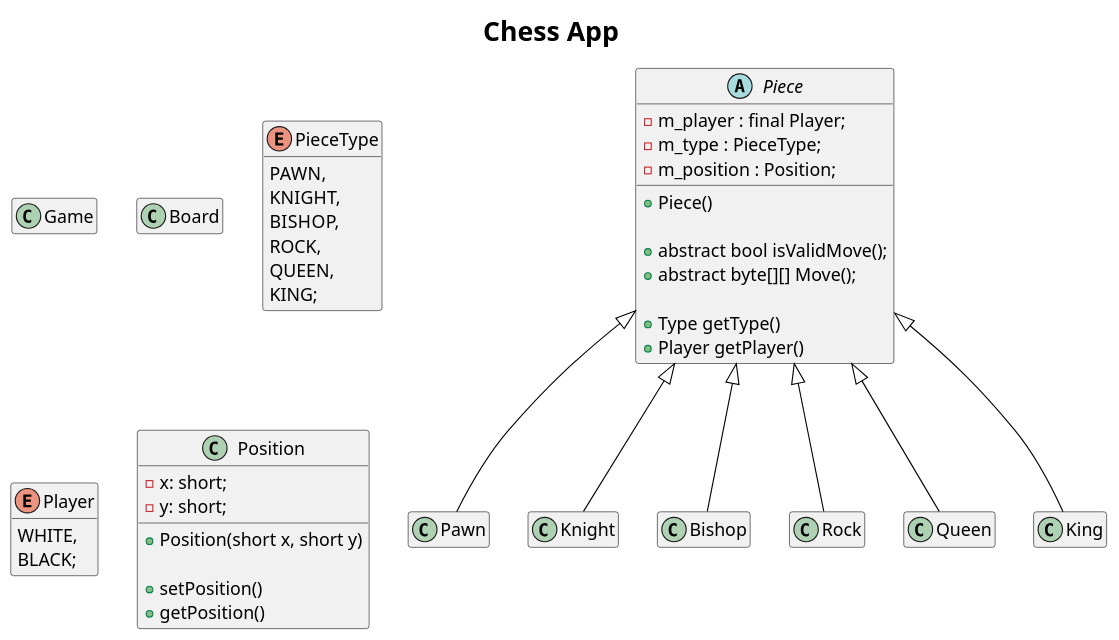
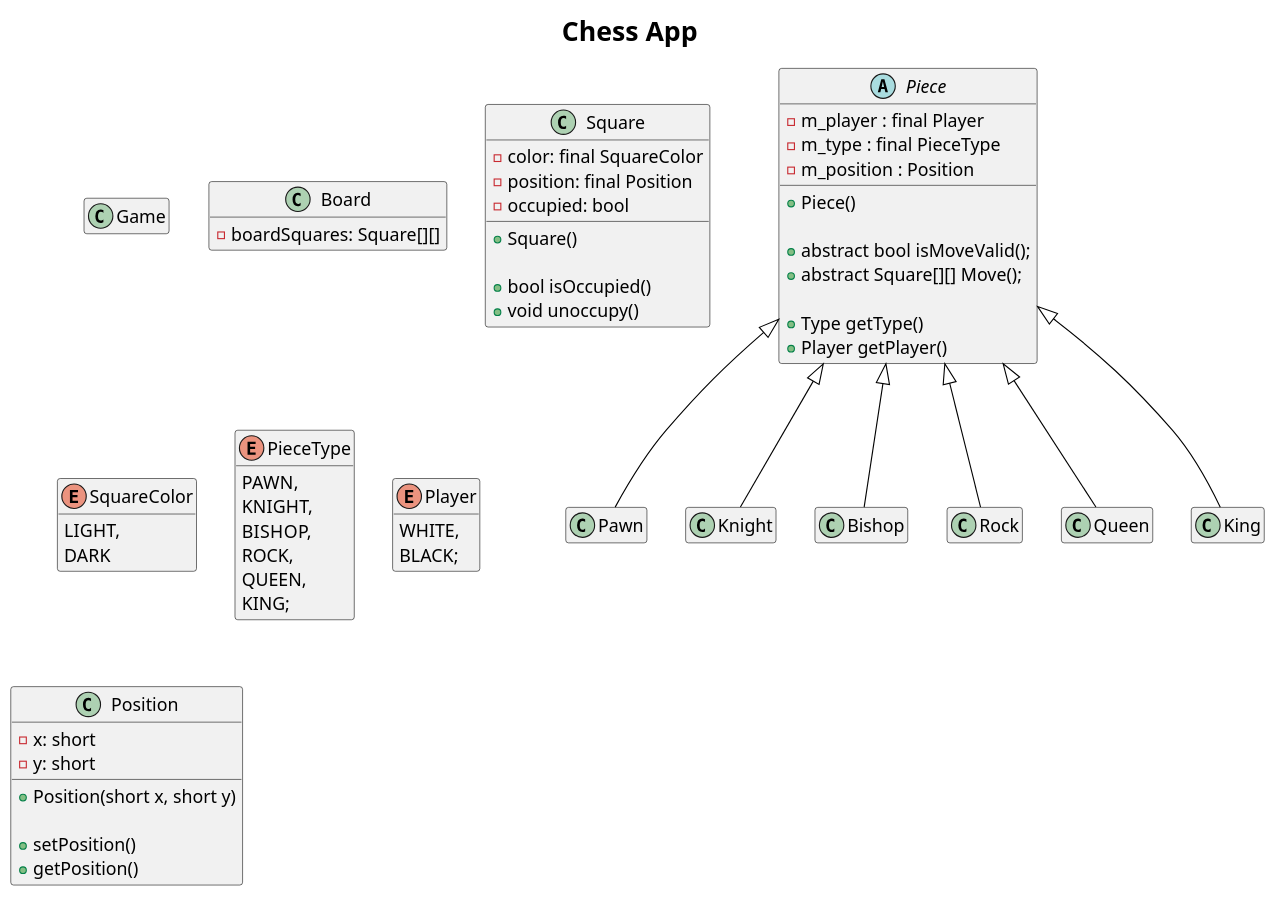
One commit to kboba/Chess-App changed the diagram in sequence.plantuml. Above: the diagram before and after it, drawn with PlantUML.

Commit message:
add Board classes; fix Piece class

```diff
--- a/sequence.plantuml
+++ b/sequence.plantuml
@@ -1,101 +1,120 @@
 @startuml Chess App
 
 
 skinparam DefaultFontName Arial
 skinparam DefaultFontSize 16
 skinparam DefaultFontStyle bold
 skinparam ClassBorderColor black
 skinparam SequenceMessageAlignment center
 skinparam ArrowThickness 1
 skinparam ArrowColor #black
 hide empty members
 
 skinparam titleBorderRoundCorner 15
 skinparam titleBorderThickness 2
 skinparam TitleFontSize 24
 
 title Chess App
 
 
 
+
 class Game {
     
 }
 
-class "Board" as Board {
+class Board {
+    -boardSquares: Square[][]
+}
 
+class Square {
+    -color: final SquareColor
+    -position: final Position
+    -occupied: bool
+
+    +Square()
+
+    +bool isOccupied()
+    +void unoccupy()
+}
+
+
+enum SquareColor{
+    LIGHT,
+    DARK
 }
 
 enum PieceType {
     PAWN,
     KNIGHT,
     BISHOP,
     ROCK,
     QUEEN,
     KING;
 }
 
 enum Player {
     WHITE,
     BLACK;
 }
 
+
 class Position {
-    -x: short;
-    -y: short;
+    -x: short
+    -y: short
 
     +Position(short x, short y)
     
     +setPosition()
     +getPosition()
 }
 
 abstract class Piece {
-    -m_player : final Player;
-    -m_type : PieceType;
-    -m_position : Position;
+    -m_player : final Player
+    -m_type : final PieceType
+    -m_position : Position
     
     +Piece()
     
-    +abstract bool isValidMove();
-    +abstract byte[][] Move();
+    +abstract bool isMoveValid();
+    +abstract Square[][] Move();
 
     +Type getType()
     +Player getPlayer()
 }
 
 class Pawn {
 
 }
 
 class Knight {
 
 }
 
 class Bishop {
     
 }
 
 class Rock {
 
 }
 
 class Queen {
 
 }
 
 class King {
     
 }
 
 
 Piece <|-- Pawn
 Piece <|-- Knight
 Piece <|-- Bishop
 Piece <|-- Rock
 Piece <|-- Queen
 Piece <|-- King
 
 
 
 @enduml
```
